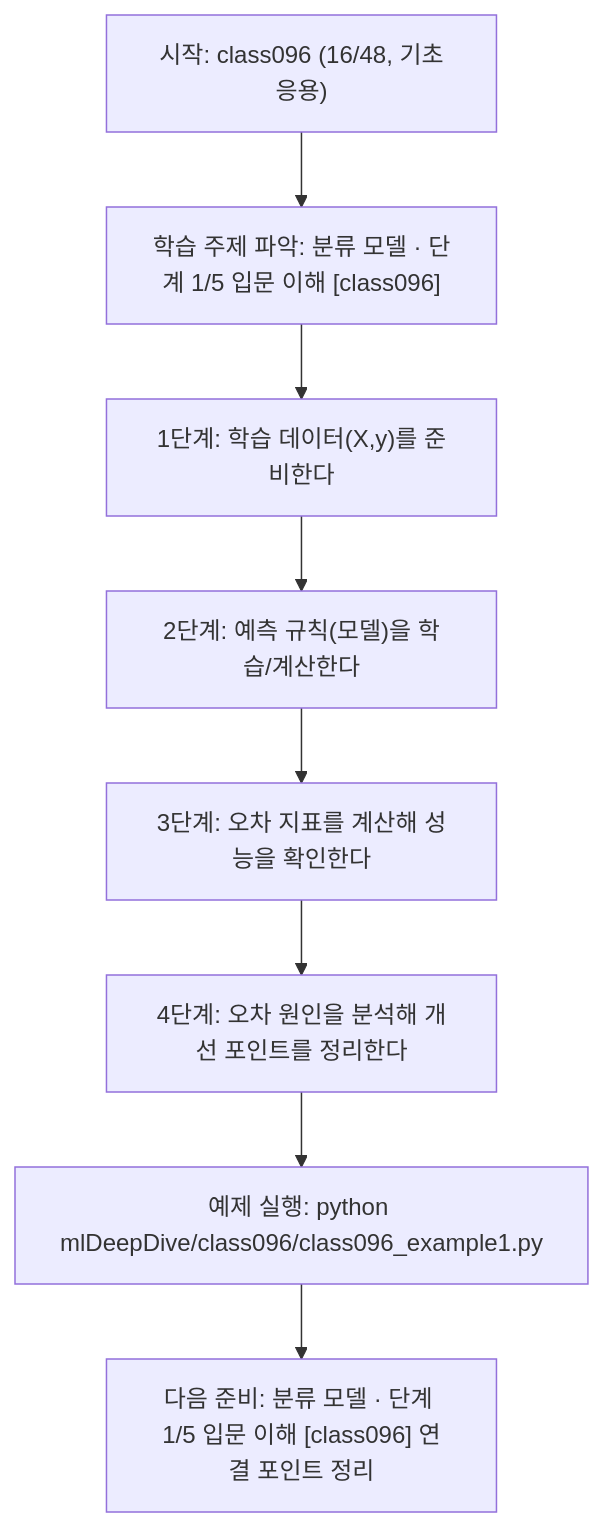
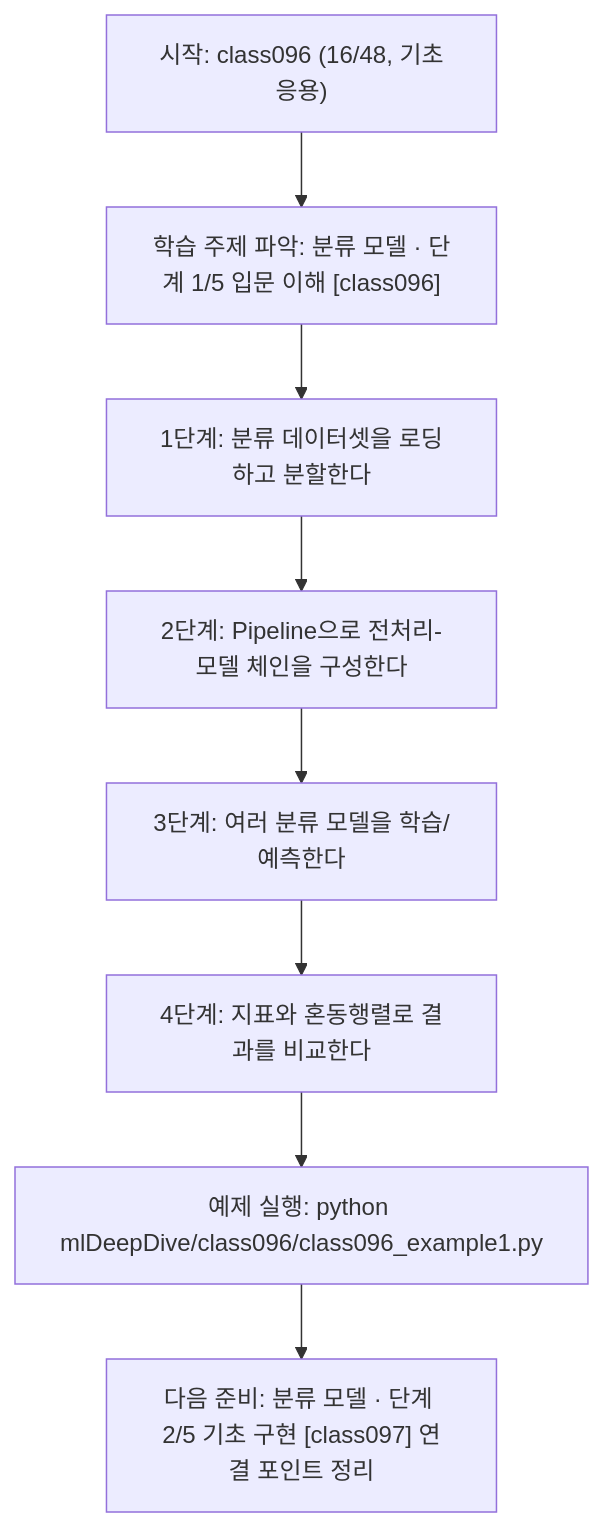
The diagram in mlDeepDive/class096/class096.md (edumgt/Python-AI_Agent-Class), drawn with Mermaid before and after one commit. The commit also changed other lines of this file and 338 other files, not shown here.

````diff
--- a/mlDeepDive/class096/class096.md
+++ b/mlDeepDive/class096/class096.md
@@ -109,18 +91,18 @@
 ```mermaid
 flowchart TD
 N1["시작: class096 (16/48, 기초응용)"]
 N2["학습 주제 파악: 분류 모델 · 단계 1/5 입문 이해 [class096]"]
-N3["1단계: 학습 데이터(X,y)를 준비한다"]
-N4["2단계: 예측 규칙(모델)을 학습/계산한다"]
-N5["3단계: 오차 지표를 계산해 성능을 확인한다"]
-N6["4단계: 오차 원인을 분석해 개선 포인트를 정리한다"]
+N3["1단계: 분류 데이터셋을 로딩하고 분할한다"]
+N4["2단계: Pipeline으로 전처리-모델 체인을 구성한다"]
+N5["3단계: 여러 분류 모델을 학습/예측한다"]
+N6["4단계: 지표와 혼동행렬로 결과를 비교한다"]
 N7["예제 실행: python mlDeepDive/class096/class096_example1.py"]
-N8["다음 준비: 분류 모델 · 단계 1/5 입문 이해 [class096] 연결 포인트 정리"]
+N8["다음 준비: 분류 모델 · 단계 2/5 기초 구현 [class097] 연결 포인트 정리"]
 N1 --> N2
 N2 --> N3
 N3 --> N4
 N4 --> N5
 N5 --> N6
 N6 --> N7
 N7 --> N8
 ```
````
